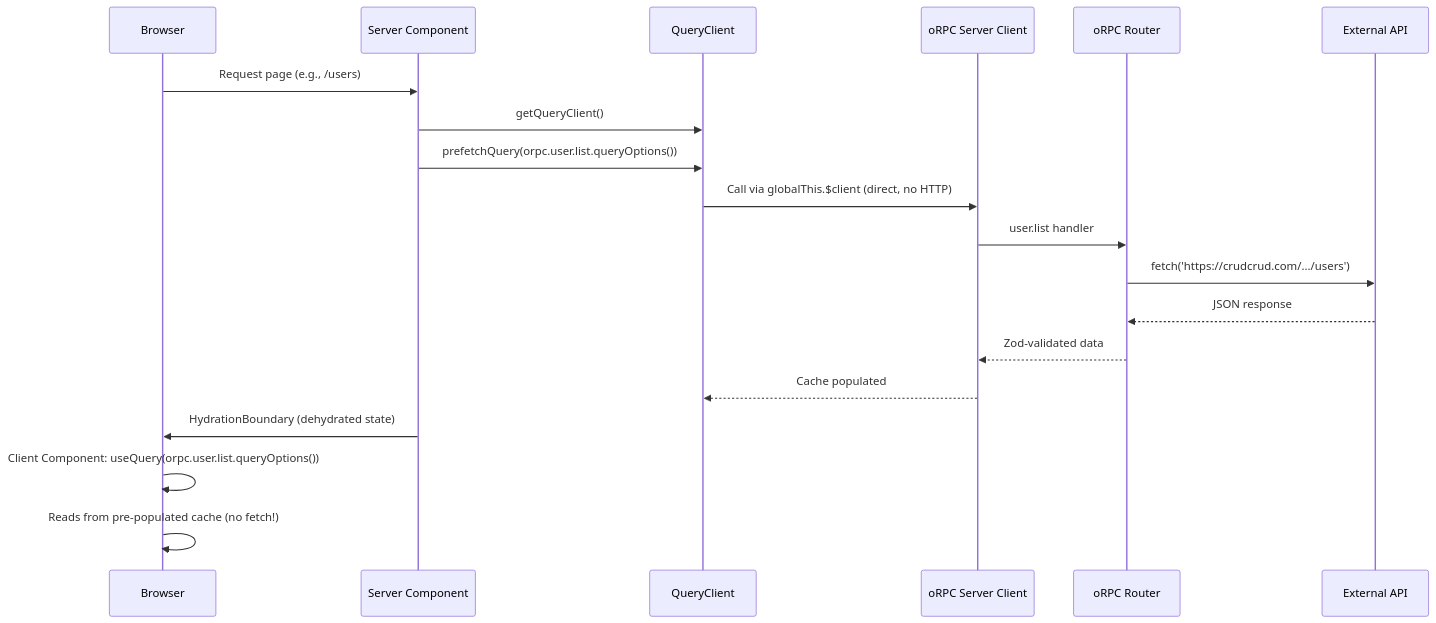
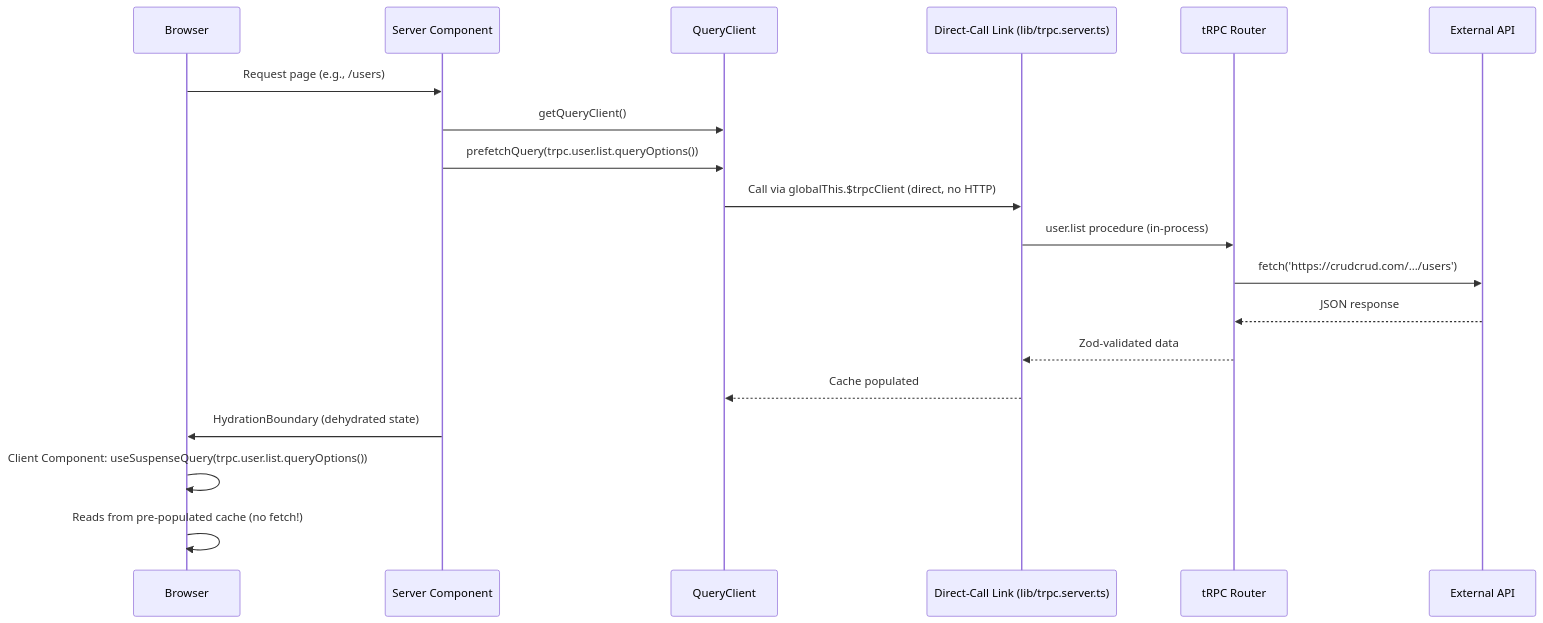
The first of 6 diagrams in docs/architecture/data-flow.md (flyingheart1997/antaris-demo), drawn with Mermaid before and after one commit. The commit also changed other lines of this file and 57 other files, not shown here.

Commit message:
improve project architecture

````diff
--- a/docs/architecture/data-flow.md
+++ b/docs/architecture/data-flow.md
@@ -12,22 +12,22 @@
 ```mermaid
 sequenceDiagram
     participant Browser as Browser
     participant SC as Server Component
     participant QC as QueryClient
-    participant OServer as oRPC Server Client
-    participant Router as oRPC Router
+    participant DLink as Direct-Call Link (lib/trpc.server.ts)
+    participant Router as tRPC Router
     participant API as External API
 
     Browser->>SC: Request page (e.g., /users)
     SC->>QC: getQueryClient()
-    SC->>QC: prefetchQuery(orpc.user.list.queryOptions())
-    QC->>OServer: Call via globalThis.$client (direct, no HTTP)
-    OServer->>Router: user.list handler
+    SC->>QC: prefetchQuery(trpc.user.list.queryOptions())
+    QC->>DLink: Call via globalThis.$trpcClient (direct, no HTTP)
+    DLink->>Router: user.list procedure (in-process)
     Router->>API: fetch('https://crudcrud.com/.../users')
     API-->>Router: JSON response
-    Router-->>OServer: Zod-validated data
-    OServer-->>QC: Cache populated
+    Router-->>DLink: Zod-validated data
+    DLink-->>QC: Cache populated
     SC->>Browser: HydrationBoundary (dehydrated state)
-    Browser->>Browser: Client Component: useQuery(orpc.user.list.queryOptions())
+    Browser->>Browser: Client Component: useSuspenseQuery(trpc.user.list.queryOptions())
     Browser->>Browser: Reads from pre-populated cache (no fetch!)
 ```
````
